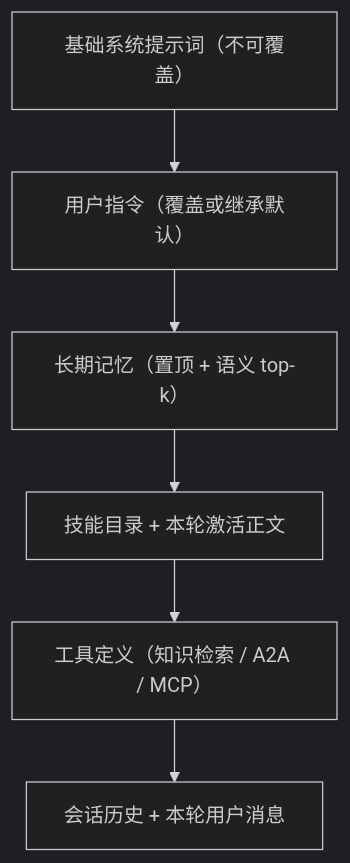
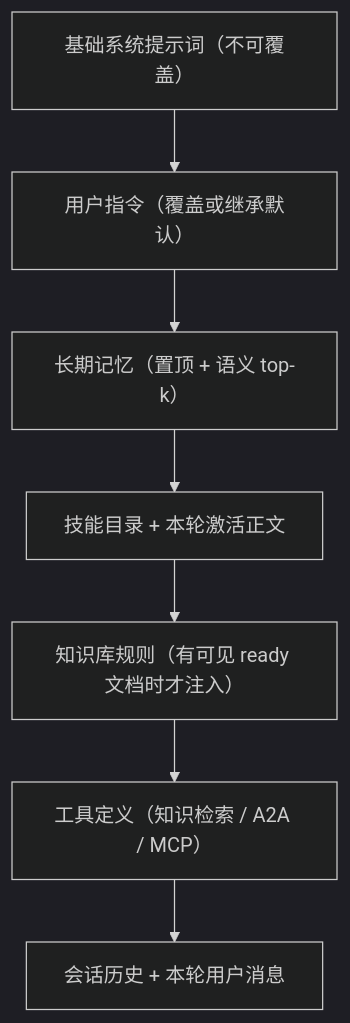
One commit to notsocold/agent-hub changed the sixth of 6 diagrams in docs/architecture.md. Above: the diagram before and after it, drawn with Mermaid (dark theme). The commit also changed other lines of this file and 8 other files, not shown here.

````diff
--- a/docs/architecture.md
+++ b/docs/architecture.md
@@ -339,8 +339,9 @@
 ```mermaid
 flowchart TB
     A["基础系统提示词（不可覆盖）"] --> B["用户指令（覆盖或继承默认）"]
     B --> C["长期记忆（置顶 + 语义 top-k）"]
     C --> D["技能目录 + 本轮激活正文"]
-    D --> E["工具定义（知识检索 / A2A / MCP）"]
+    D --> D2["知识库规则（有可见 ready 文档时才注入）"]
+    D2 --> E["工具定义（知识检索 / A2A / MCP）"]
     E --> F["会话历史 + 本轮用户消息"]
 ```
````
